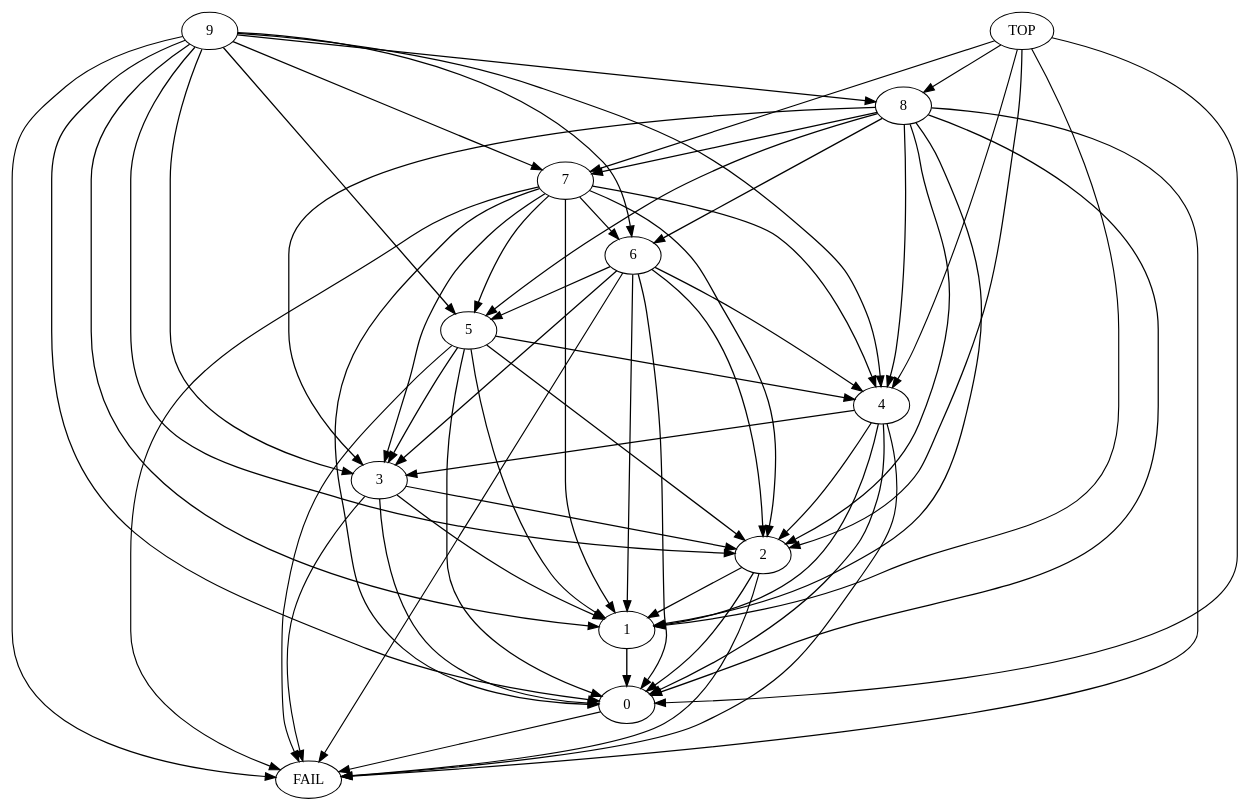
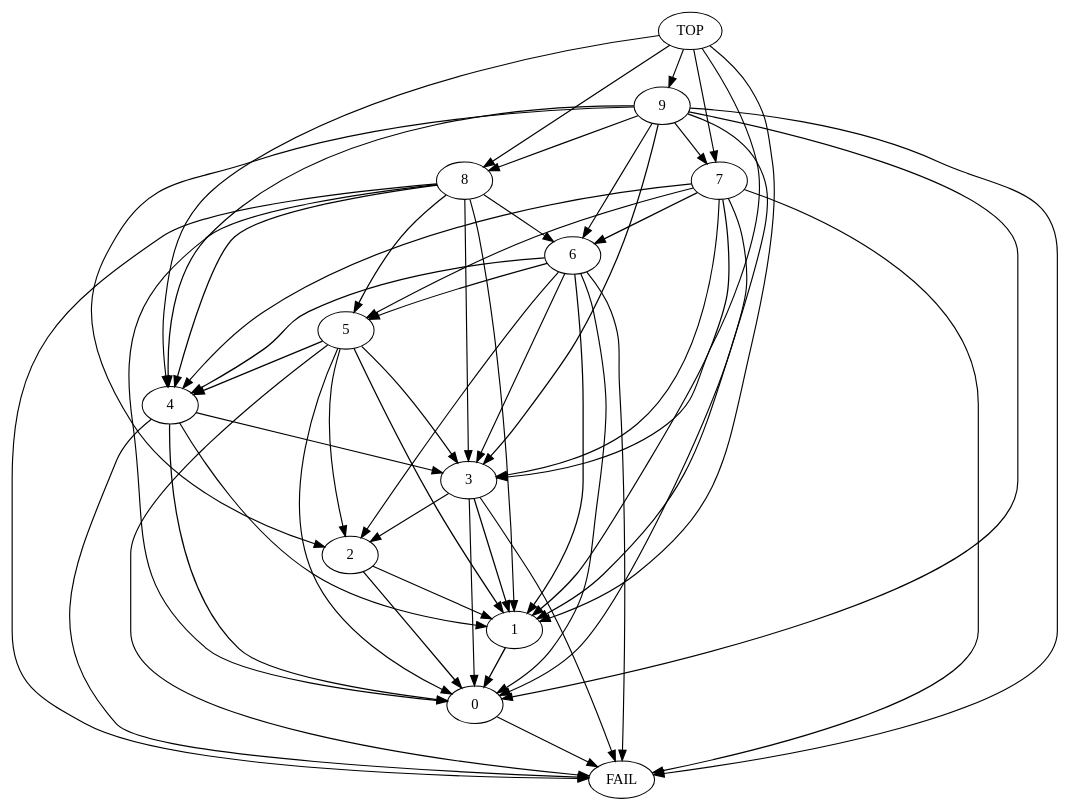
Before and after one commit to LostBitset/quiver_se: the diagram in quiver-gviz/reprdigraph.dot, drawn with Graphviz. The commit also changed 1 other file, not shown here.

```diff
--- a/quiver-gviz/reprdigraph.dot
+++ b/quiver-gviz/reprdigraph.dot
@@ -1,76 +1,70 @@
 digraph  {
 	
-	n2[label="0"];
-	n9[label="1"];
-	n8[label="2"];
-	n7[label="3"];
-	n6[label="4"];
-	n5[label="5"];
-	n4[label="6"];
-	n3[label="7"];
-	n1[label="8"];
-	n11[label="9"];
-	n10[label="FAIL"];
+	n5[label="0"];
+	n6[label="1"];
+	n11[label="2"];
+	n4[label="3"];
+	n3[label="4"];
+	n8[label="5"];
+	n2[label="6"];
+	n1[label="7"];
+	n10[label="8"];
+	n9[label="9"];
+	n7[label="FAIL"];
 	n12[label="TOP"];
-	n2->n10[penwidth="1.1"];
-	n9->n2[penwidth="1.3"];
-	n8->n9[penwidth="1.2"];
-	n8->n2[penwidth="1.2"];
-	n8->n10[penwidth="1.1"];
-	n7->n9[penwidth="1.2"];
-	n7->n10[penwidth="1.1"];
-	n7->n8[penwidth="1.2"];
-	n7->n2[penwidth="1.2"];
-	n6->n7[penwidth="1.2"];
-	n6->n8[penwidth="1.2"];
-	n6->n2[penwidth="1.2"];
-	n6->n10[penwidth="1.1"];
-	n6->n9[penwidth="1.2"];
-	n5->n8[penwidth="1.2"];
-	n5->n2[penwidth="1.2"];
-	n5->n10[penwidth="1.1"];
-	n5->n6[penwidth="1.2"];
-	n5->n7[penwidth="1.2"];
-	n5->n9[penwidth="1.2"];
+	n5->n7[penwidth="1.1"];
+	n6->n5[penwidth="1.3"];
+	n11->n6[penwidth="1.1"];
+	n11->n5[penwidth="1.2"];
+	n4->n5[penwidth="1.1"];
 	n4->n6[penwidth="1.2"];
-	n4->n8[penwidth="1.2"];
-	n4->n2[penwidth="1.2"];
-	n4->n9[penwidth="1.2"];
-	n4->n10[penwidth="1.1"];
-	n4->n5[penwidth="1.2"];
-	n4->n7[penwidth="1.2"];
+	n4->n11[penwidth="1.1"];
+	n4->n7[penwidth="1.1"];
 	n3->n5[penwidth="1.2"];
-	n3->n6[penwidth="1.2"];
-	n3->n8[penwidth="1.2"];
-	n3->n10[penwidth="1.1"];
-	n3->n7[penwidth="1.2"];
-	n3->n9[penwidth="1.2"];
-	n3->n2[penwidth="1.2"];
-	n3->n4[penwidth="1.2"];
+	n3->n4[penwidth="1.1"];
+	n3->n7[penwidth="1.1"];
+	n3->n6[penwidth="1.1"];
+	n8->n4[penwidth="1.2"];
+	n8->n7[penwidth="1.1"];
+	n8->n6[penwidth="1.2"];
+	n8->n3[penwidth="1.2"];
+	n8->n11[penwidth="1.1"];
+	n8->n5[penwidth="1.1"];
+	n2->n11[penwidth="1.1"];
+	n2->n6[penwidth="1.2"];
+	n2->n8[penwidth="1.1"];
+	n2->n3[penwidth="1.2"];
+	n2->n7[penwidth="1.1"];
+	n2->n5[penwidth="1.1"];
+	n2->n4[penwidth="1.1"];
+	n1->n4[penwidth="1.1"];
+	n1->n6[penwidth="1.2"];
+	n1->n5[penwidth="1.1"];
+	n1->n7[penwidth="1.1"];
+	n1->n3[penwidth="1.1"];
 	n1->n2[penwidth="1.2"];
-	n1->n8[penwidth="1.2"];
-	n1->n10[penwidth="1.1"];
-	n1->n9[penwidth="1.2"];
-	n1->n4[penwidth="1.2"];
-	n1->n7[penwidth="1.2"];
-	n1->n3[penwidth="1.2"];
-	n1->n5[penwidth="1.2"];
-	n1->n6[penwidth="1.2"];
-	n11->n4[penwidth="1.2"];
-	n11->n9[penwidth="1.2"];
-	n11->n7[penwidth="1.2"];
-	n11->n10[penwidth="1.1"];
-	n11->n6[penwidth="1.2"];
-	n11->n2[penwidth="1.2"];
-	n11->n3[penwidth="1.2"];
-	n11->n8[penwidth="1.2"];
-	n11->n1[penwidth="1.2"];
-	n11->n5[penwidth="1.2"];
-	n12->n3[penwidth="1.1"];
+	n1->n8[penwidth="1.1"];
+	n10->n8[penwidth="1.2"];
+	n10->n6[penwidth="1.1"];
+	n10->n4[penwidth="1.1"];
+	n10->n7[penwidth="1.1"];
+	n10->n3[penwidth="1.2"];
+	n10->n5[penwidth="1.1"];
+	n10->n2[penwidth="1.1"];
+	n9->n6[penwidth="1.1"];
+	n9->n1[penwidth="1.1"];
+	n9->n5[penwidth="1.1"];
+	n9->n11[penwidth="1.1"];
+	n9->n2[penwidth="1.1"];
+	n9->n7[penwidth="1.1"];
+	n9->n4[penwidth="1.2"];
+	n9->n3[penwidth="1.2"];
+	n9->n10[penwidth="1.2"];
+	n12->n4[penwidth="1.1"];
+	n12->n6[penwidth="1.1"];
 	n12->n1[penwidth="1.1"];
 	n12->n9[penwidth="1.1"];
-	n12->n2[penwidth="1.1"];
-	n12->n8[penwidth="1.2"];
-	n12->n6[penwidth="1.1"];
+	n12->n3[penwidth="1.1"];
+	n12->n10[penwidth="1.2"];
 	
 }
```
